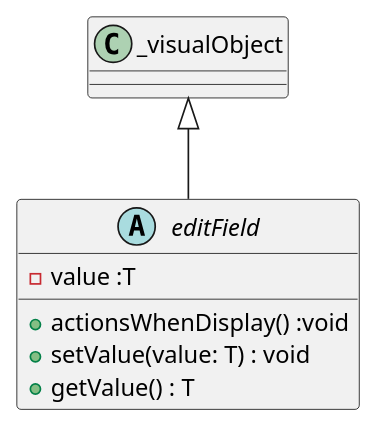
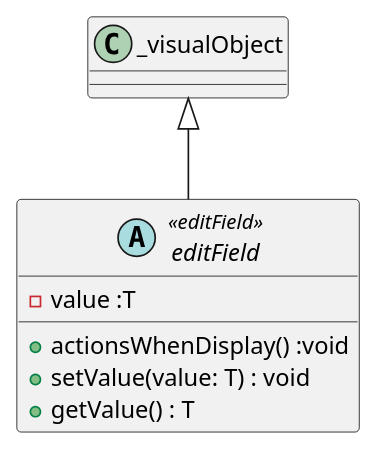
The eighth of 15 diagrams in uumf_classes.puml (egrpy/UUMF), drawn with PlantUML before and after one commit. The commit also changed other lines of this file, not shown here.

```diff
--- a/uumf_classes.puml
+++ b/uumf_classes.puml
@@ -45,8 +45,8 @@
 @startuml (id=editField)
-  abstract class editField extends _visualObject {
+  abstract class editField <<editField>> extends _visualObject {
     - value :T
     + actionsWhenDisplay() :void
     + setValue(value: T) : void
     + getValue() : T
   }
 @enduml
```
